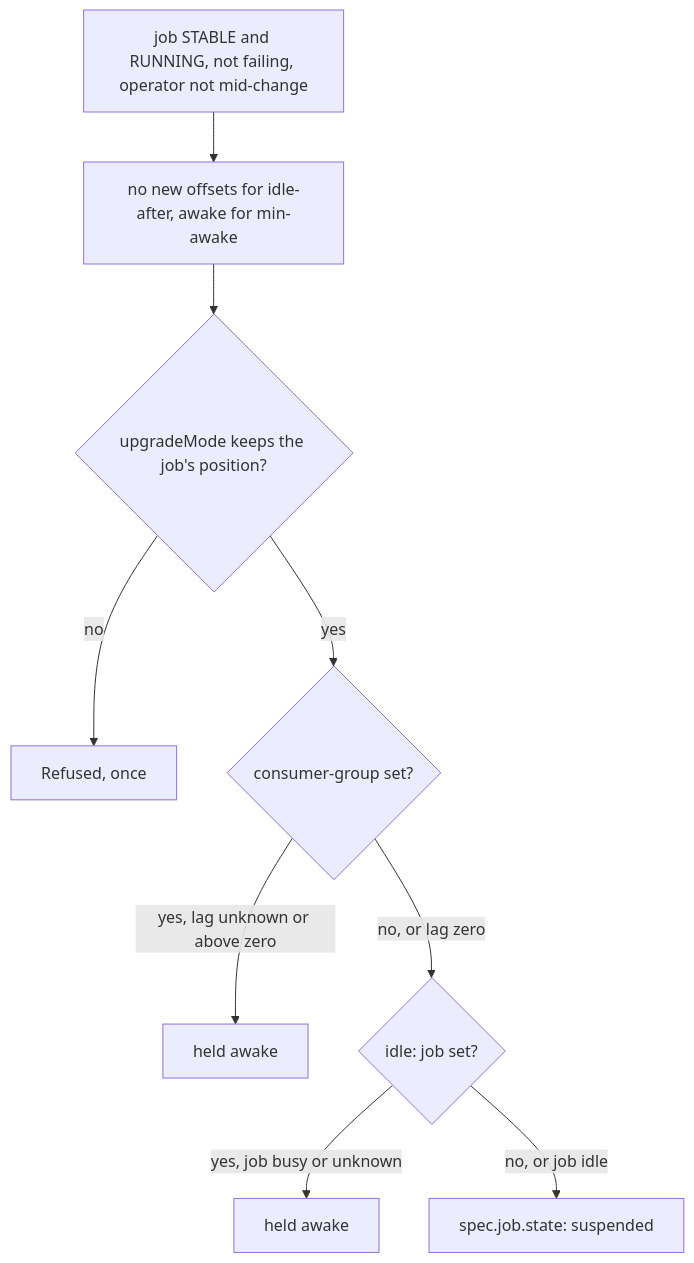
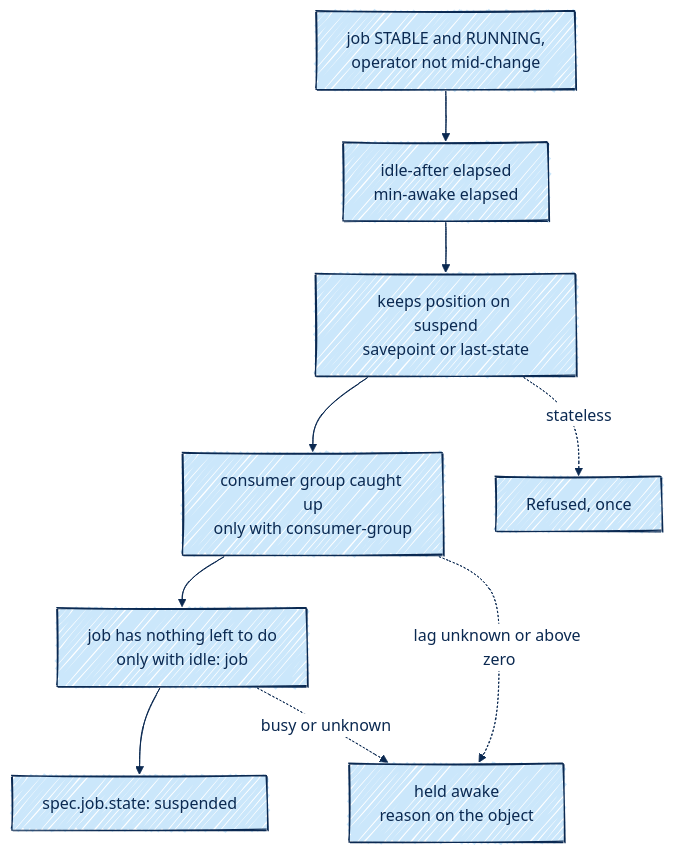
One commit to patrk/flink-siesta changed the third of 3 diagrams in docs/concepts.md. Above: the diagram before and after it, drawn with Mermaid. The commit also changed other lines of this file and 8 other files, not shown here.

````diff
--- a/docs/concepts.md
+++ b/docs/concepts.md
@@ -25,11 +47,12 @@
 ```mermaid
+%%{init: {"look": "handDrawn", "theme": "base", "themeVariables": {"primaryColor": "#cbe7fb", "primaryTextColor": "#0b2951", "primaryBorderColor": "#0b2951", "lineColor": "#0b2951", "secondaryColor": "#e6f2fc", "tertiaryColor": "#ffffff", "edgeLabelBackground": "#ffffff"}}}%%
 flowchart TD
-    A[job STABLE and RUNNING, not failing, operator not mid-change] --> B[no new offsets for idle-after, awake for min-awake]
-    B --> C{upgradeMode keeps the job's position?}
-    C -- no --> R[Refused, once]
-    C -- yes --> D{consumer-group set?}
-    D -- yes, lag unknown or above zero --> H1[held awake]
-    D -- no, or lag zero --> E{idle: job set?}
-    E -- yes, job busy or unknown --> H2[held awake]
-    E -- no, or job idle --> S[spec.job.state: suspended]
+    A["job STABLE and RUNNING,<br>operator not mid-change"] --> B["idle-after elapsed<br>min-awake elapsed"]
+    B --> C["keeps position on suspend<br>savepoint or last-state"]
+    C --> D["consumer group caught up<br>only with consumer-group"]
+    D --> E["job has nothing left to do<br>only with idle: job"]
+    E --> S["spec.job.state: suspended"]
+    C -. stateless .-> R["Refused, once"]
+    D -. lag unknown or above zero .-> H["held awake<br>reason on the object"]
+    E -. busy or unknown .-> H
 ```
````
